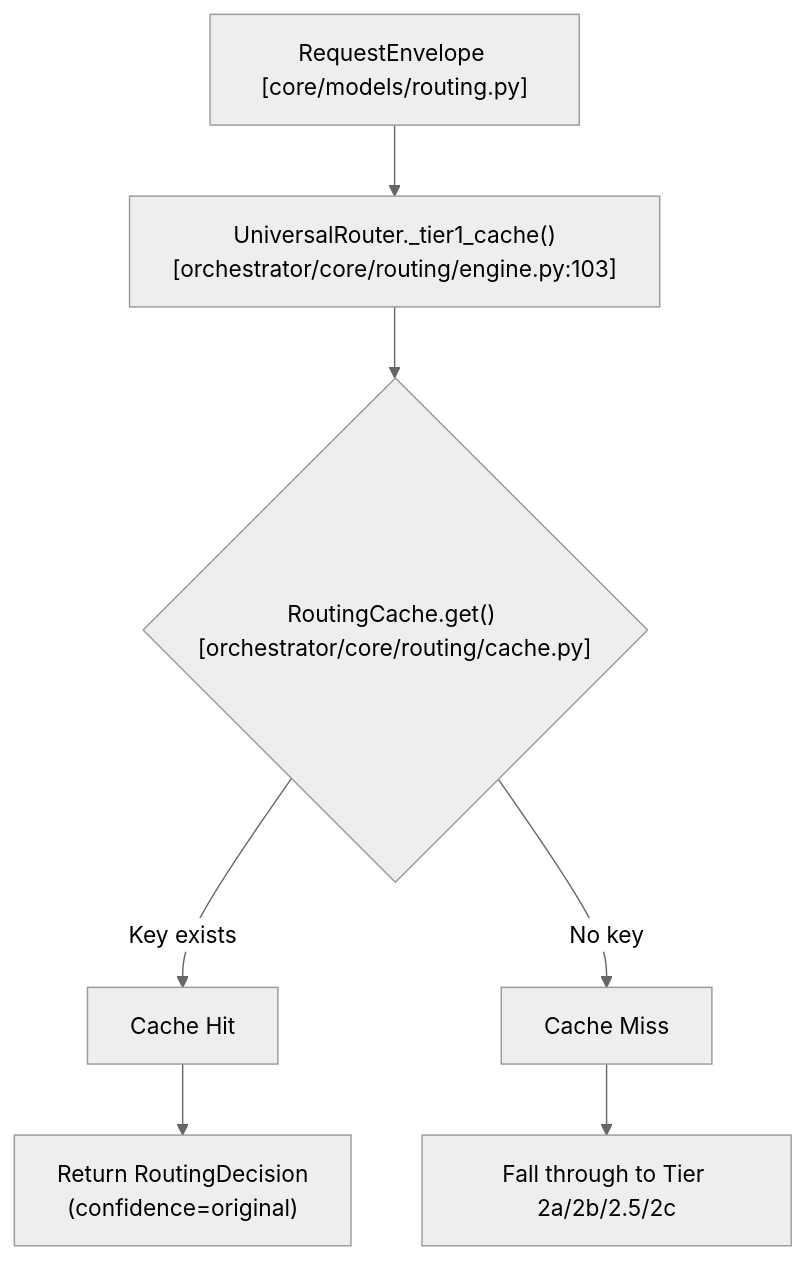
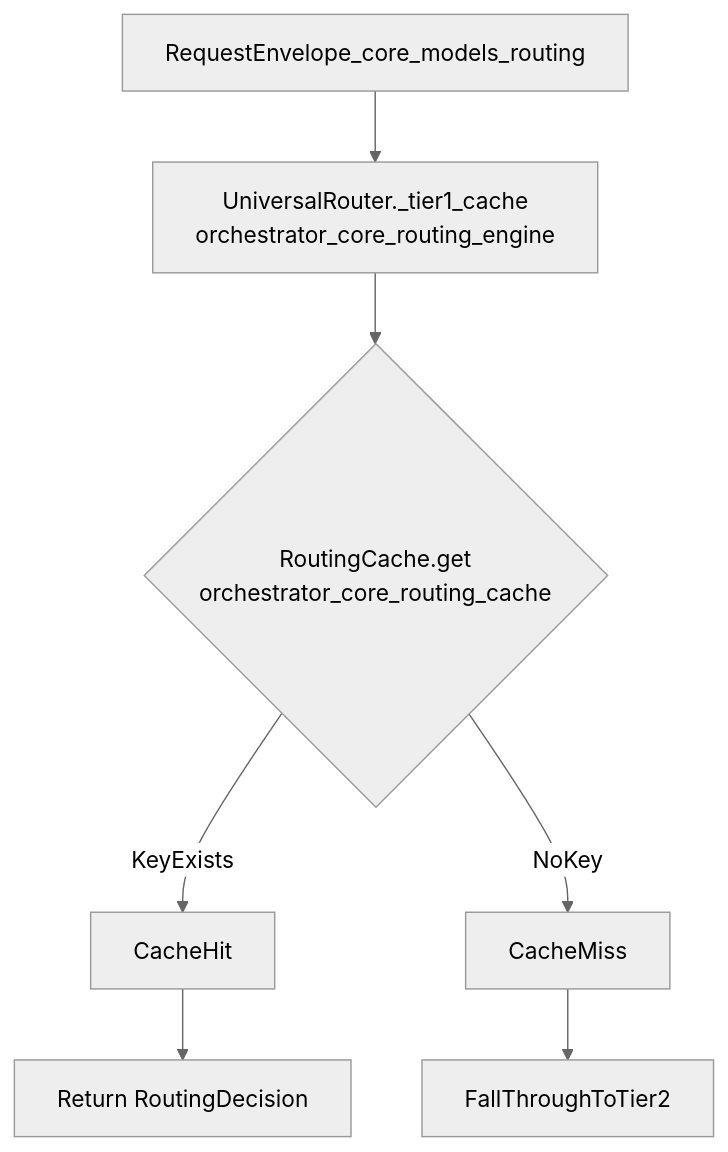
Before and after one commit to AutomatosAI/automatos-ai: the first of 4 diagrams in docs/universal-router/tier-1-cache-lookup.md, drawn with Mermaid (neutral theme). The commit also changed other lines of this file and 191 other files, not shown here.

````diff
--- a/docs/universal-router/tier-1-cache-lookup.md
+++ b/docs/universal-router/tier-1-cache-lookup.md
@@ -38,17 +45,17 @@
 ```mermaid
 graph TB
-    Envelope["RequestEnvelope [core/models/routing.py]"]
-    Tier1["UniversalRouter._tier1_cache()<br/>[orchestrator/core/routing/engine.py:103]"]
-    CacheCheck{"RoutingCache.get() [orchestrator/core/routing/cache.py]"}
-    CacheHit["Cache Hit"]
-    CacheMiss["Cache Miss"]
-    ReturnDecision["Return RoutingDecision<br/>(confidence=original)"]
-    Tier2["Fall through to Tier 2a/2b/2.5/2c"]
+    Envelope["RequestEnvelope_core_models_routing"]
+    Tier1["UniversalRouter._tier1_cache<br/>orchestrator_core_routing_engine"]
+    CacheCheck{"RoutingCache.get<br/>orchestrator_core_routing_cache"}
+    CacheHit["CacheHit"]
+    CacheMiss["CacheMiss"]
+    ReturnDecision["Return RoutingDecision"]
+    Tier2["FallThroughToTier2"]
     
     Envelope --> Tier1
     Tier1 --> CacheCheck
-    CacheCheck -->|"Key exists"| CacheHit
-    CacheCheck -->|"No key"| CacheMiss
+    CacheCheck -->|"KeyExists"| CacheHit
+    CacheCheck -->|"NoKey"| CacheMiss
     CacheHit --> ReturnDecision
     CacheMiss --> Tier2
 ```
````
